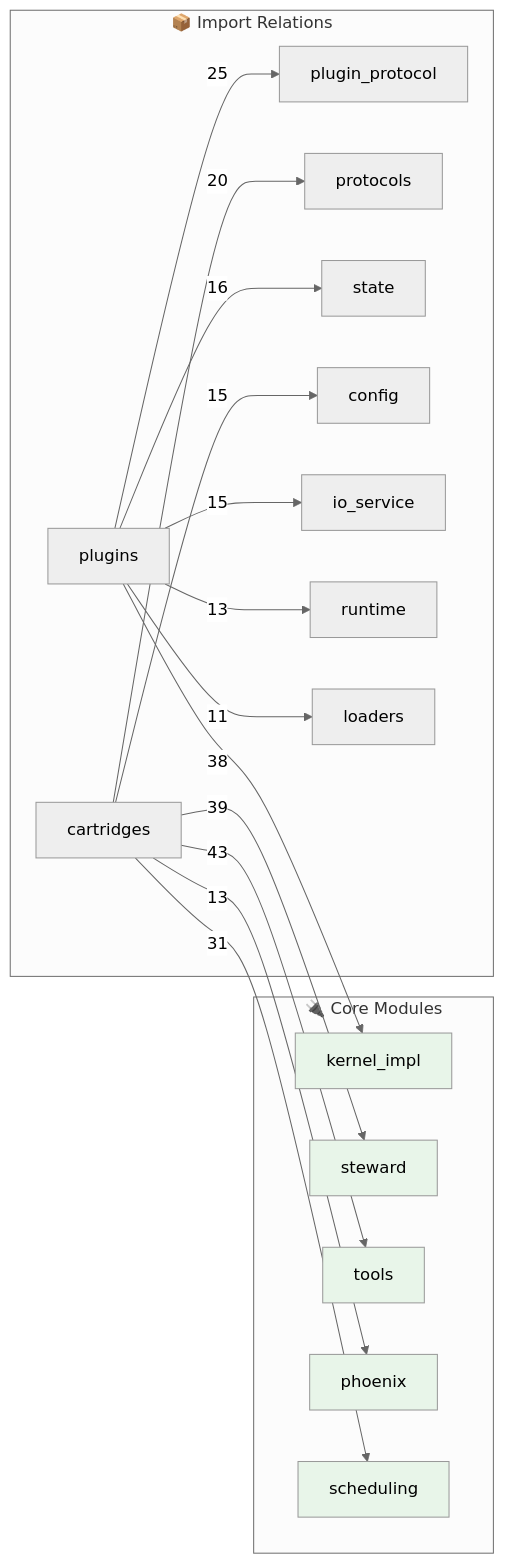
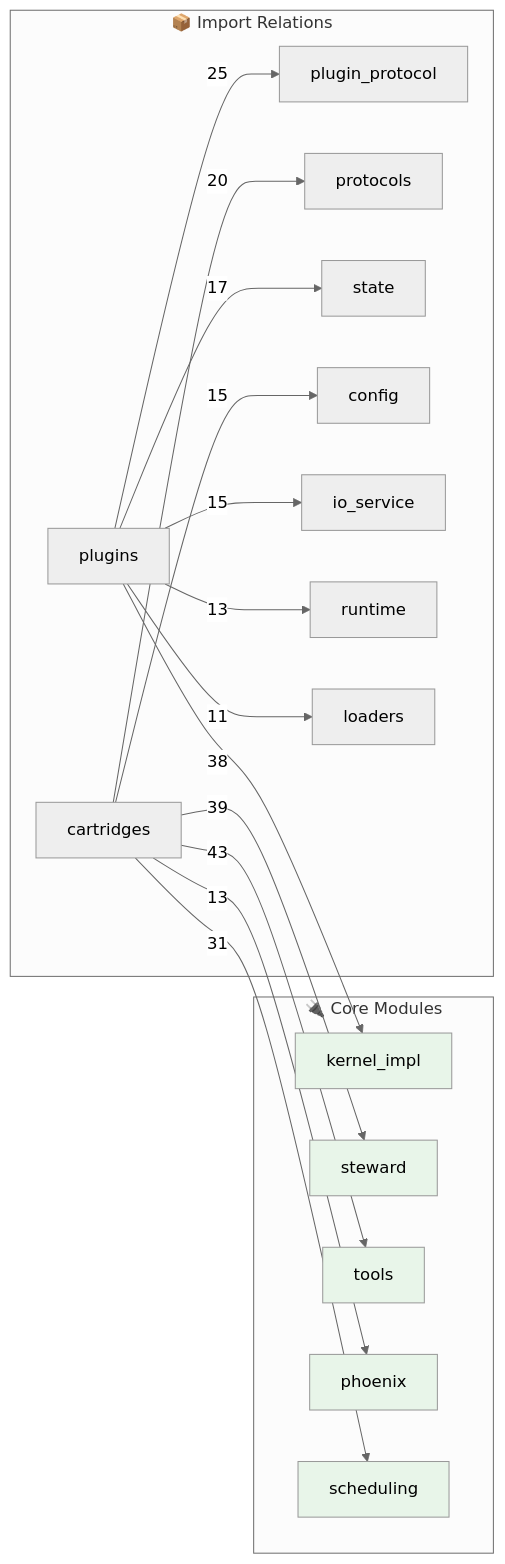
One commit to kimeisele/steward-protocol changed the second of 2 diagrams in OPUS.md. Above: the diagram before and after it, drawn with Mermaid (neutral theme). The commit also changed other lines of this file and 14 other files, not shown here.

````diff
--- a/OPUS.md
+++ b/OPUS.md
@@ -525,31 +525,31 @@
 ```mermaid
 flowchart LR
     subgraph Core["🔌 Core Modules"]
         kernel_impl[kernel_impl]
         steward[steward]
         tools[tools]
         phoenix[phoenix]
         scheduling[scheduling]
     end
 
     subgraph Edges["📦 Import Relations"]
         cartridges -->|43| tools
         cartridges -->|39| steward
         plugins -->|38| kernel_impl
         cartridges -->|31| scheduling
         plugins -->|25| plugin_protocol
         cartridges -->|20| protocols
-        plugins -->|16| state
+        plugins -->|17| state
         cartridges -->|15| config
         plugins -->|15| io_service
         cartridges -->|13| phoenix
         plugins -->|13| runtime
         plugins -->|11| loaders
     end
 
     style kernel_impl fill:#e8f5e9
     style steward fill:#e8f5e9
     style tools fill:#e8f5e9
     style phoenix fill:#e8f5e9
     style scheduling fill:#e8f5e9
 ```
````
